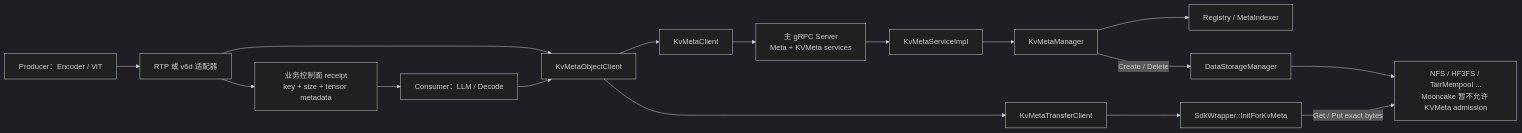
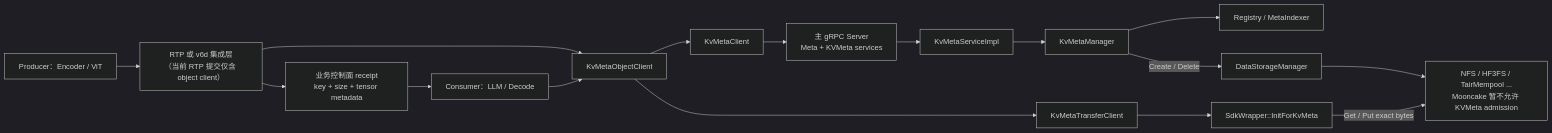
The first of 3 diagrams in docs/design/kv_meta_object_storage.md (alibaba/tair-kvcache), drawn with Mermaid (dark theme) before and after one commit. The commit also changed other lines of this file and 10 other files, not shown here.

````diff
--- a/docs/design/kv_meta_object_storage.md
+++ b/docs/design/kv_meta_object_storage.md
@@ -128,25 +185,25 @@
 ```mermaid
 flowchart LR
     producer["Producer：Encoder / ViT"]
     consumer["Consumer：LLM / Decode"]
-    adapter["RTP 或 v6d 适配器"]
+    adapter["RTP 或 v6d 集成层\n（当前 RTP 提交仅含 object client）"]
     object_client["KvMetaObjectClient"]
     meta_client["KvMetaClient"]
     transfer_client["KvMetaTransferClient"]
     grpc["主 gRPC Server<br/>Meta + KVMeta services"]
     service["KvMetaServiceImpl"]
     manager["KvMetaManager"]
     registry["Registry / MetaIndexer"]
     storage_manager["DataStorageManager"]
     sdk["SdkWrapper::InitForKvMeta"]
     backend["NFS / HF3FS / TairMempool ...<br/>Mooncake 暂不允许 KVMeta admission"]
     receipt["业务控制面 receipt\nkey + size + tensor metadata"]
 
     producer --> adapter --> object_client
     object_client --> meta_client --> grpc --> service --> manager
     manager --> registry
     manager -->|Create / Delete| storage_manager --> backend
     object_client --> transfer_client --> sdk -->|Get / Put exact bytes| backend
     adapter --> receipt --> consumer
     consumer --> object_client
 ```
````
